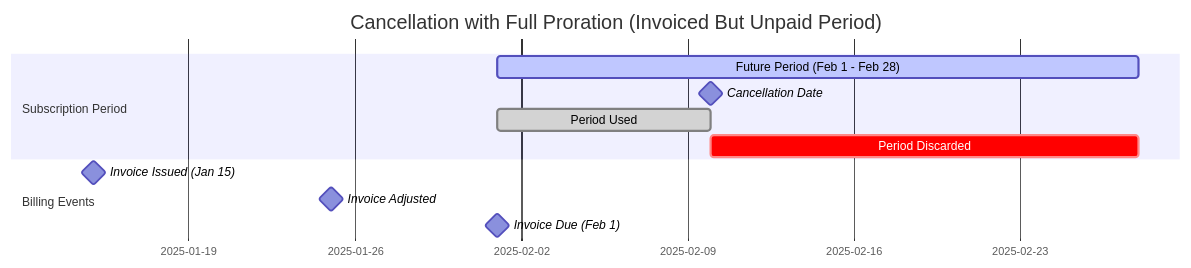
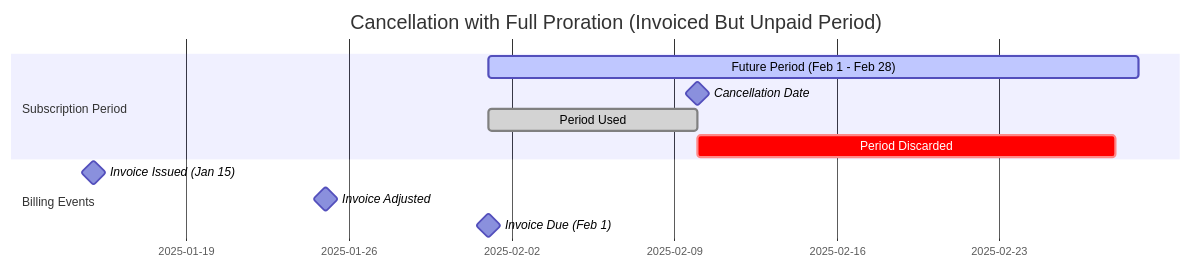
One commit to infosoftas/info-subscription-doc changed the third of 4 diagrams in source/billing/proration-policies.rst. Above: the diagram before and after it, drawn with Mermaid. The commit also changed other lines of this file, not shown here.

Commit message:
Fix mermaid gantt chart durations in proration policy diagrams

```diff
--- a/source/billing/proration-policies.rst
+++ b/source/billing/proration-policies.rst
@@ -150,14 +150,14 @@
 .. mermaid::
 
     gantt
         title Cancellation with Full Proration (Invoiced But Unpaid Period)
         dateFormat  YYYY-MM-DD
         section Subscription Period
-            Future Period (Feb 1 - Feb 28)   :active, period, 2025-02-01, 27d
+            Future Period (Feb 1 - Feb 28)   :active, period, 2025-02-01, 28d
             Cancellation Date   :milestone, cancel, 2025-02-10, 0d
             Period Used   :done, used, 2025-02-01, 9d
             Period Discarded   :crit, discarded, 2025-02-10, 18d
         section Billing Events
             Invoice Issued (Jan 15)   :milestone, issued, 2025-01-15, 0d
             Invoice Adjusted   :milestone, adjusted, 2025-01-25, 0d
             Invoice Due (Feb 1)   :milestone, due, 2025-02-01, 0d
```
